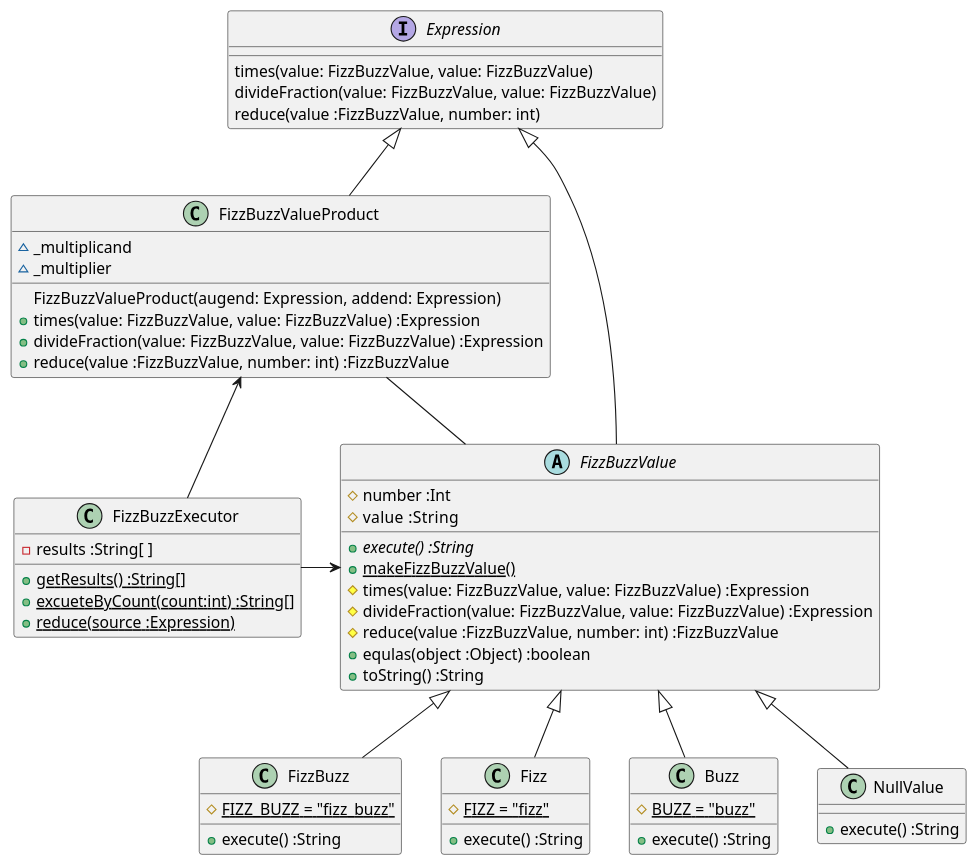
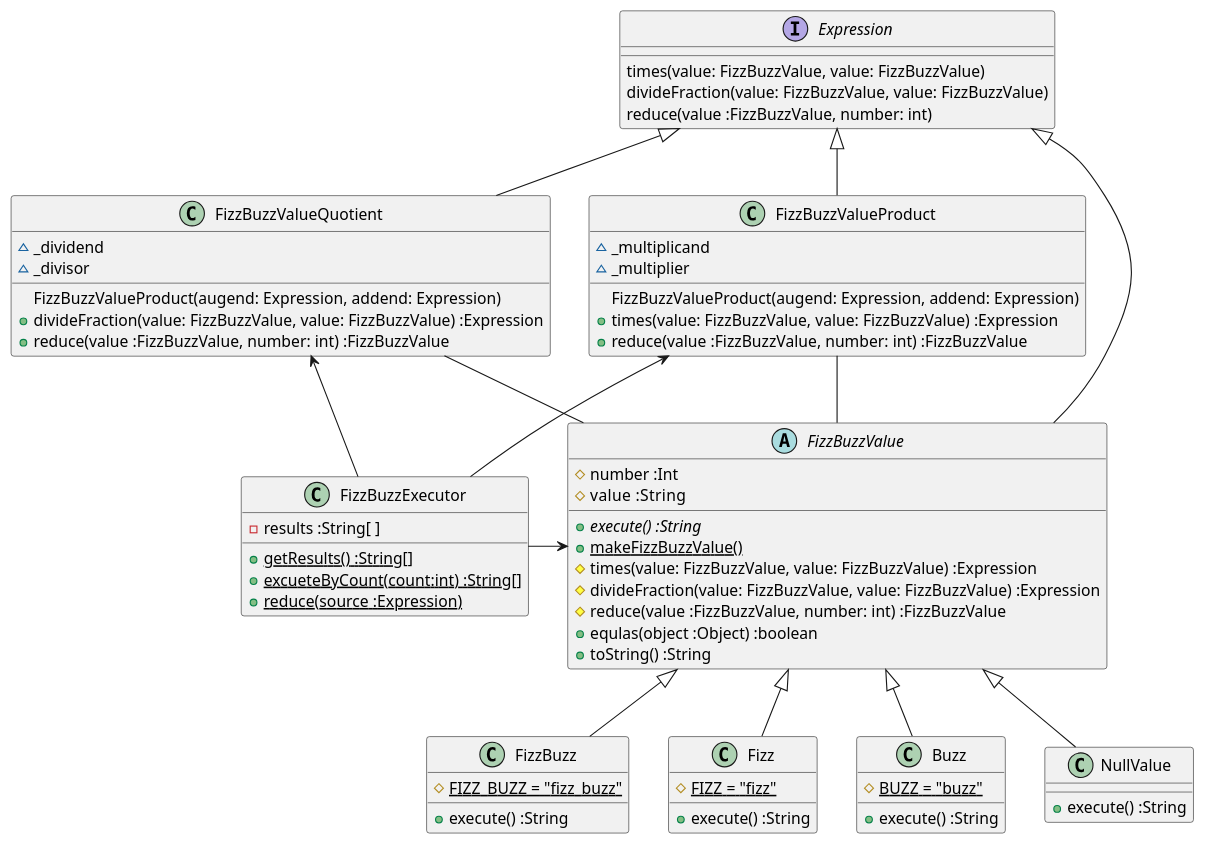
Before and after one commit to k2works/etude_for_java: the first of 6 diagrams in docs/src/fizzbuzz.md, drawn with PlantUML. The commit also changed other lines of this file and 8 other files, not shown here.

First line of the commit message:
FizzBuzz #EFJ-8

````diff
--- a/docs/src/fizzbuzz.md
+++ b/docs/src/fizzbuzz.md
@@ -37,59 +37,68 @@
 ```puml
 @startuml
 class FizzBuzzExecutor {
   -results :String[ ]
   +{static}getResults() :String[]  
   +{static}excueteByCount(count:int) :String[]
   +{static}reduce(source :Expression)
 }
 abstract class FizzBuzzValue {
   #number :Int
   #value  :String
   +{abstract}execute() :String
   +{static} makeFizzBuzzValue()
   #times(value: FizzBuzzValue, value: FizzBuzzValue) :Expression
   #divideFraction(value: FizzBuzzValue, value: FizzBuzzValue) :Expression
   #reduce(value :FizzBuzzValue, number: int) :FizzBuzzValue
   +equlas(object :Object) :boolean
   +toString() :String
 }
 class FizzBuzz {
   #{static} FIZZ_BUZZ = "fizz_buzz"
   +execute() :String
 }
 class Fizz {
   #{static} FIZZ = "fizz"
   +execute() :String
 }
 class Buzz {
   #{static} BUZZ = "buzz"  
   +execute() :String  
 }
 class NullValue {
   +execute() :String  
 }
 class FizzBuzzValueProduct {
   ~_multiplicand
   ~_multiplier
   FizzBuzzValueProduct(augend: Expression, addend: Expression)
   +times(value: FizzBuzzValue, value: FizzBuzzValue) :Expression
+  +reduce(value :FizzBuzzValue, number: int) :FizzBuzzValue
+}
+class FizzBuzzValueQuotient {
+  ~_dividend
+  ~_divisor
+  FizzBuzzValueProduct(augend: Expression, addend: Expression)
   +divideFraction(value: FizzBuzzValue, value: FizzBuzzValue) :Expression
   +reduce(value :FizzBuzzValue, number: int) :FizzBuzzValue
 }
 interface Expression {
   times(value: FizzBuzzValue, value: FizzBuzzValue)
   divideFraction(value: FizzBuzzValue, value: FizzBuzzValue)
   reduce(value :FizzBuzzValue, number: int)
 }
 FizzBuzzExecutor -> FizzBuzzValue
 FizzBuzzValue <|-- Fizz
 FizzBuzzValue <|-- Buzz
 FizzBuzzValue <|-- FizzBuzz
 FizzBuzzValue <|-- NullValue
 FizzBuzzValueProduct -- FizzBuzzValue
 FizzBuzzValueProduct <- FizzBuzzExecutor
+FizzBuzzValueQuotient - FizzBuzzValue
+FizzBuzzValueQuotient <-- FizzBuzzExecutor
 Expression <|- FizzBuzzValue
 Expression <|-- FizzBuzzValueProduct
+Expression <|-- FizzBuzzValueQuotient
 
 @enduml
 ```
````
